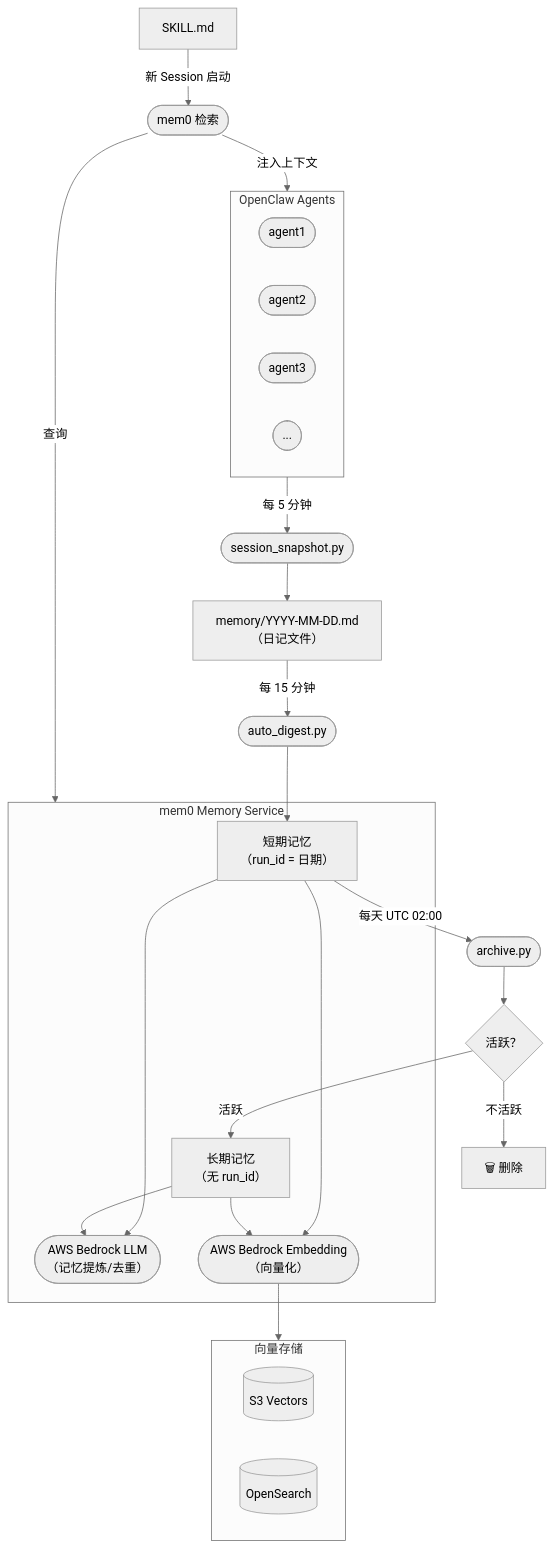
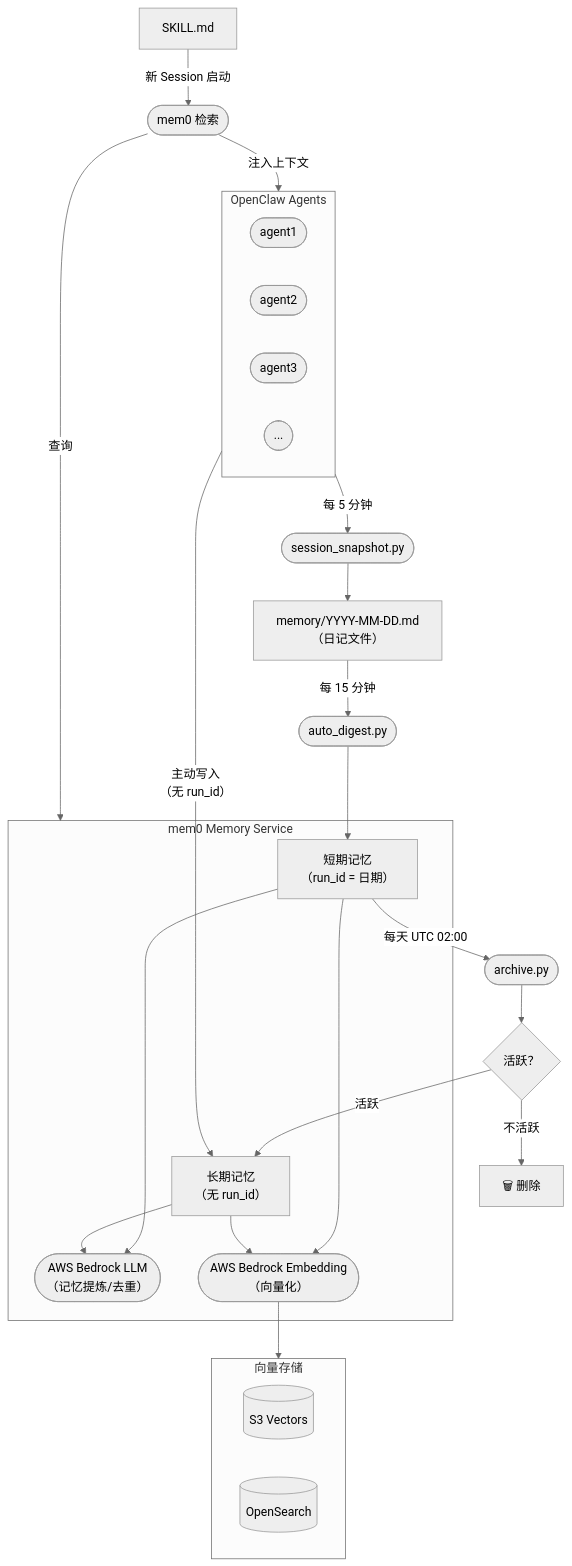
Before and after one commit to norrishuang/mem0-memory-service: the diagram in docs/zh/guide/architecture.md, drawn with Mermaid (neutral theme). The commit also changed other lines of this file and 1 other file, not shown here.

First line of the commit message:
docs: add 'Memory Tiering' section to architecture docs

````diff
--- a/docs/zh/guide/architecture.md
+++ b/docs/zh/guide/architecture.md
@@ -5,50 +5,51 @@
 ```mermaid
 flowchart TD
     subgraph Agents["OpenClaw Agents"]
         A1(["agent1"])
         A2(["agent2"])
         A3(["agent3"])
         A4(["..."])
     end
 
     Diary["memory/YYYY-MM-DD.md\n（日记文件）"]
     Snap(["session_snapshot.py"])
     Digest(["auto_digest.py"])
     Archive(["archive.py"])
 
     subgraph Mem0["mem0 Memory Service"]
         LLM(["AWS Bedrock LLM\n（记忆提炼/去重）"])
         Embed(["AWS Bedrock Embedding\n（向量化）"])
         STM["短期记忆\n（run_id = 日期）"]
         LTM["长期记忆\n（无 run_id）"]
     end
 
     Decision{"活跃？"}
 
     subgraph Store["向量存储"]
         S3[("S3 Vectors")]
         OS[("OpenSearch")]
     end
 
     SKILL["SKILL.md"]
     Retrieve(["mem0 检索"])
 
     Agents -- "每 5 分钟" --> Snap
     Snap --> Diary
     Diary -- "每 15 分钟" --> Digest
     Digest --> STM
     STM -- "每天 UTC 02:00" --> Archive
     Archive --> Decision
     Decision -- "活跃" --> LTM
     Decision -- "不活跃" --> Del["🗑 删除"]
+    Agents -- "主动写入\n（无 run_id）" --> LTM
 
     STM --> LLM
     STM --> Embed
     LTM --> LLM
     LTM --> Embed
     Embed --> Store
 
     SKILL -- "新 Session 启动" --> Retrieve
     Retrieve -- "查询" --> Mem0
     Retrieve -- "注入上下文" --> Agents
 ```
````
